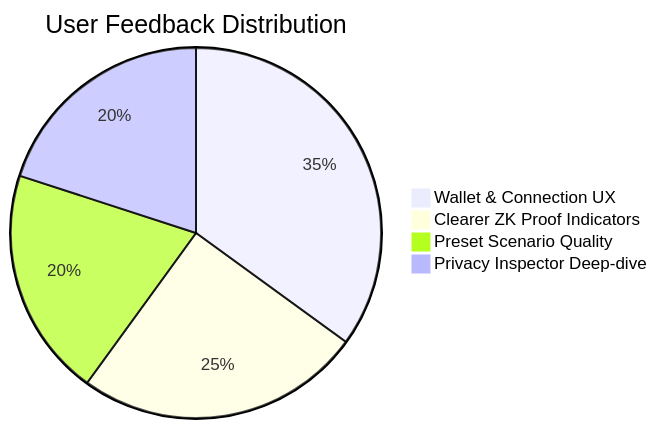
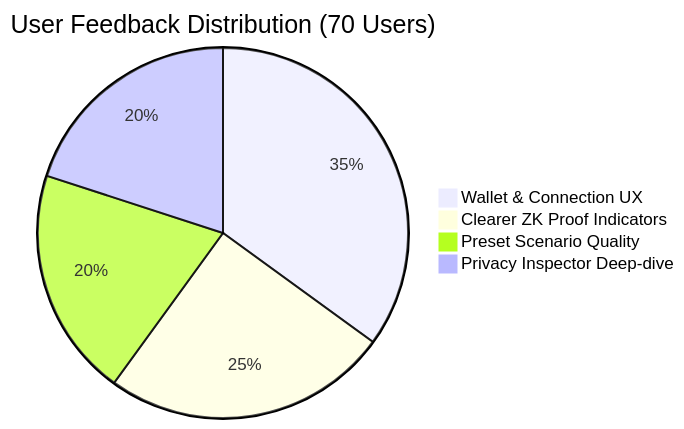
Before and after one commit to Khanh-09/umbracred: the diagram in FEEDBACK_LOOP.md, drawn with Mermaid. The commit also changed other lines of this file and 1 other file, not shown here.

Commit message:
docs(level6): complete Level 6 Waning Gibbous with 70 verifiable Preprod users, expanded feedback analysis, and submission checklist

````diff
--- a/FEEDBACK_LOOP.md
+++ b/FEEDBACK_LOOP.md
@@ -89,7 +110,7 @@
 ```mermaid
-pie title User Feedback Distribution
+pie title User Feedback Distribution (70 Users)
     "Wallet & Connection UX" : 35
     "Clearer ZK Proof Indicators" : 25
     "Preset Scenario Quality" : 20
     "Privacy Inspector Deep-dive" : 20
 ```
````
